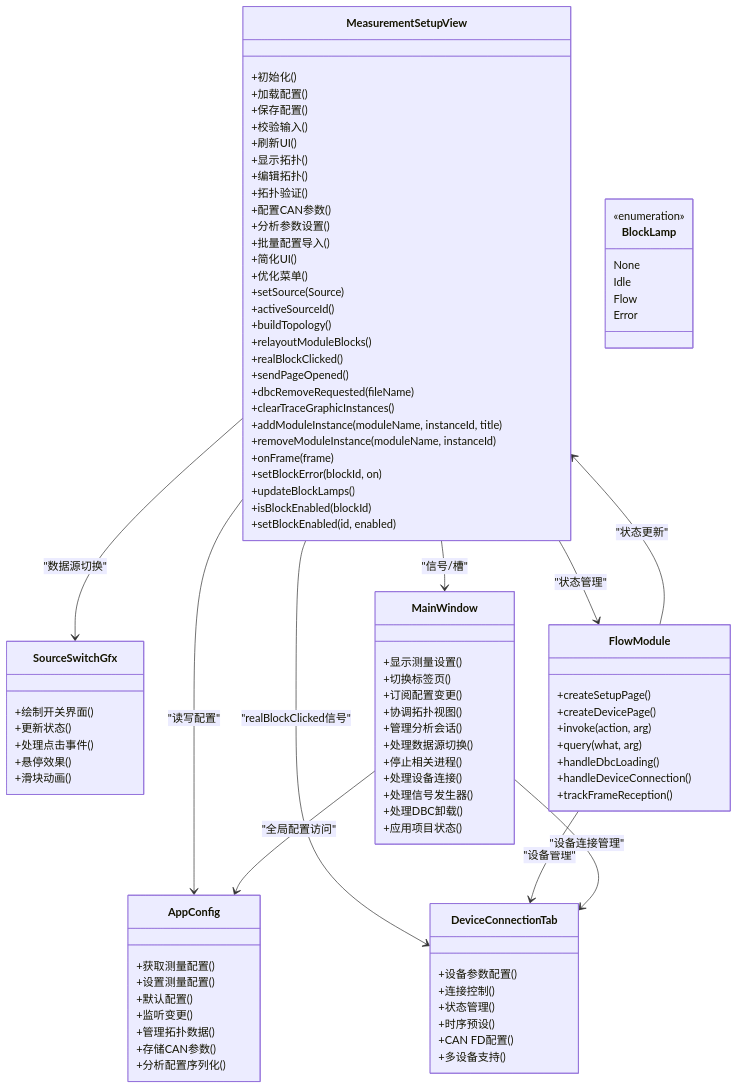
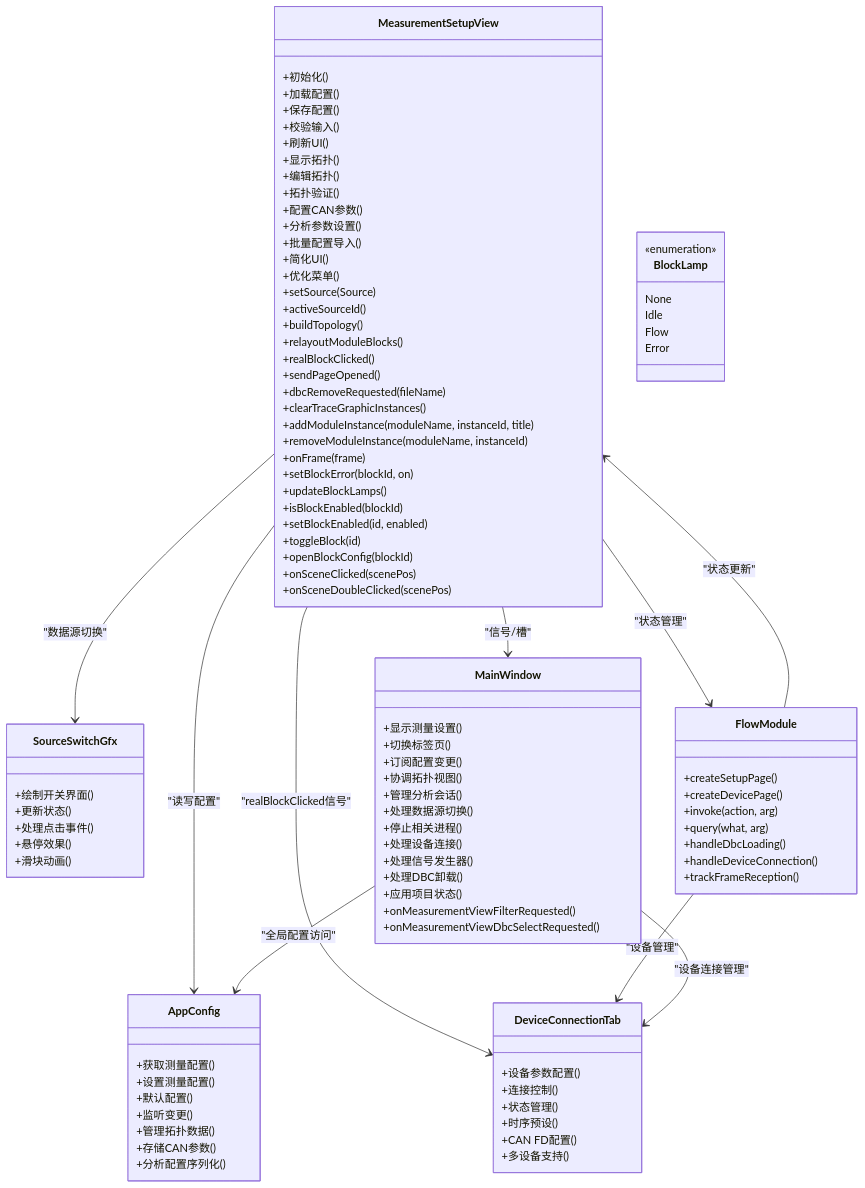
One commit to jakecai1225-design/OpenBus changed the second of 10 diagrams in .qoder/repowiki/zh/content/架构设计/UI系统设计/测量设置视图组件.md. Above: the diagram before and after it, drawn with Mermaid. The commit also changed other lines of this file and 10 other files, not shown here.

```diff
--- a/.qoder/repowiki/zh/content/架构设计/UI系统设计/测量设置视图组件.md
+++ b/.qoder/repowiki/zh/content/架构设计/UI系统设计/测量设置视图组件.md
@@ -181,6 +188,10 @@
 +updateBlockLamps()
 +isBlockEnabled(blockId)
 +setBlockEnabled(id, enabled)
++toggleBlock(id)
++openBlockConfig(blockId)
++onSceneClicked(scenePos)
++onSceneDoubleClicked(scenePos)
 }
 class DeviceConnectionTab {
 +设备参数配置()
@@ -218,6 +229,8 @@
 +处理信号发生器()
 +处理DBC卸载()
 +应用项目状态()
++onMeasurementViewFilterRequested()
++onMeasurementViewDbcSelectRequested()
 }
 class AppConfig {
 +获取测量配置()
```
